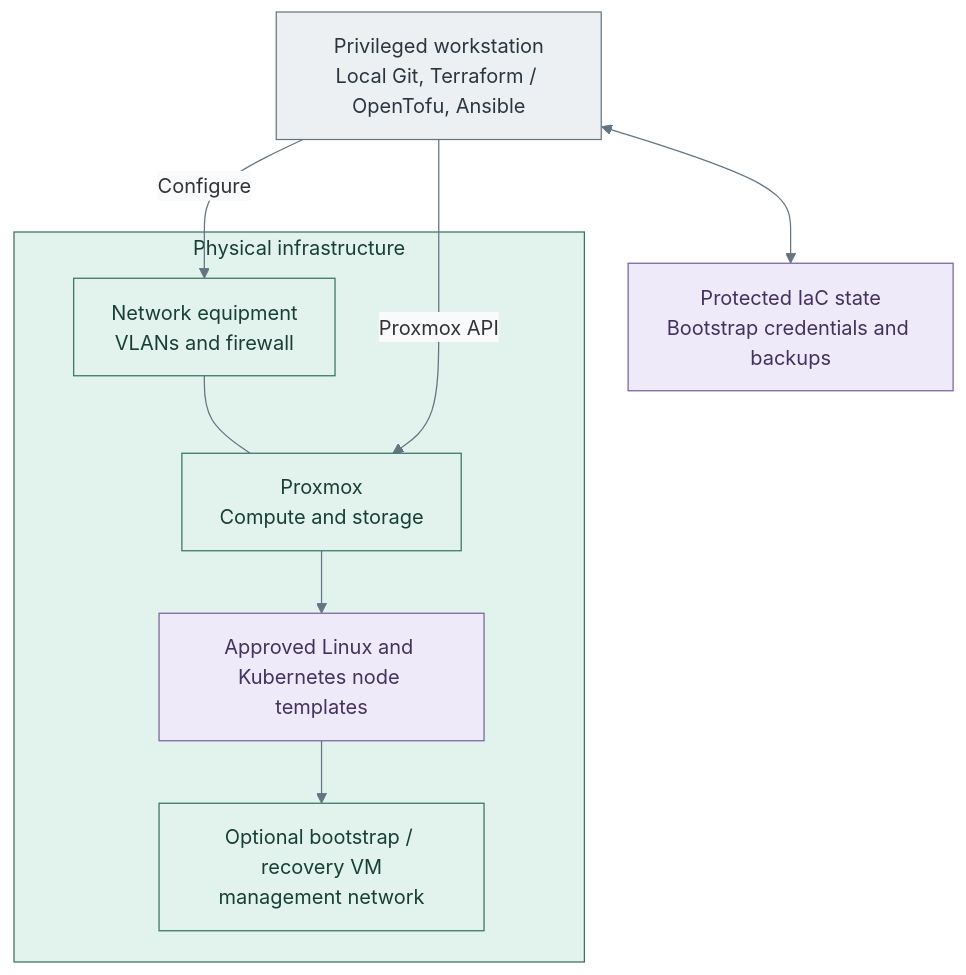
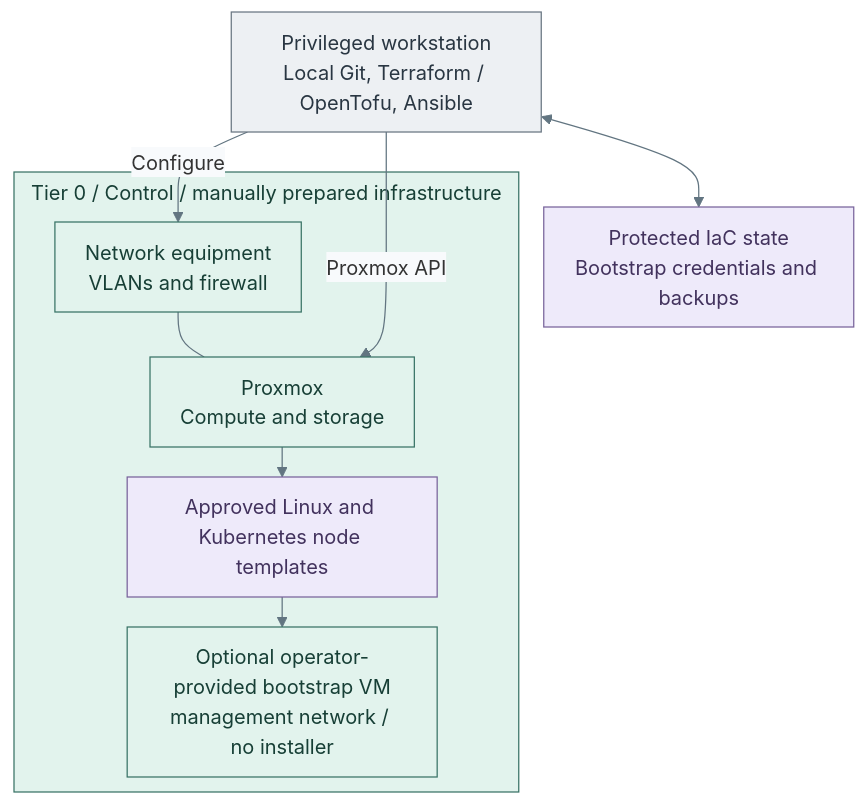
The diagram in docs/deployment/foundation/README.md (Rexus/homelab), drawn with Mermaid before and after one commit. The commit also changed other lines of this file and 60 other files, not shown here.

Commit message:
docs(diagrams): align architecture and deployment views with IaC

````diff
--- a/docs/deployment/foundation/README.md
+++ b/docs/deployment/foundation/README.md
@@ -20,24 +20,24 @@
 ```mermaid
-%%{init: {"theme":"base","themeVariables":{"lineColor":"#627581","edgeLabelBackground":"#f8fafc"}}}%%
+%%{init: {"theme":"base","flowchart":{"nodeSpacing":20,"rankSpacing":24,"padding":12,"subGraphTitleMargin":{"top":4,"bottom":12}},"themeVariables":{"lineColor":"#627581","edgeLabelBackground":"#f8fafc"}}}%%
 flowchart TB
   Admin["Privileged workstation<br/>Local Git, Terraform / OpenTofu, Ansible"]
   State["Protected IaC state<br/>Bootstrap credentials and backups"]
-  subgraph Physical["Physical infrastructure"]
+  subgraph Physical["Tier 0 / Control / manually prepared infrastructure"]
     Network["Network equipment<br/>VLANs and firewall"]
     PVE["Proxmox<br/>Compute and storage"]
     Templates["Approved Linux and Kubernetes node templates"]
-    Bootstrap["Optional bootstrap / recovery VM<br/>management network"]
+    Bootstrap["Optional operator-provided bootstrap VM<br/>management network / no installer"]
     Network --- PVE
     PVE --> Templates --> Bootstrap
   end
   Admin <--> State
   Admin -->|Configure| Network
   Admin -->|Proxmox API| PVE
   classDef default fill:#f8fafc,stroke:#64748b,color:#1f2937
   classDef actor fill:#edf0f3,stroke:#697682,color:#293642
   classDef data fill:#eeeafa,stroke:#78639b,color:#42325d
   classDef control fill:#e2f3ed,stroke:#397366,color:#173f36
   class Admin actor
   class State,Templates data
   class Physical,Network,PVE,Bootstrap control
 ```
````
